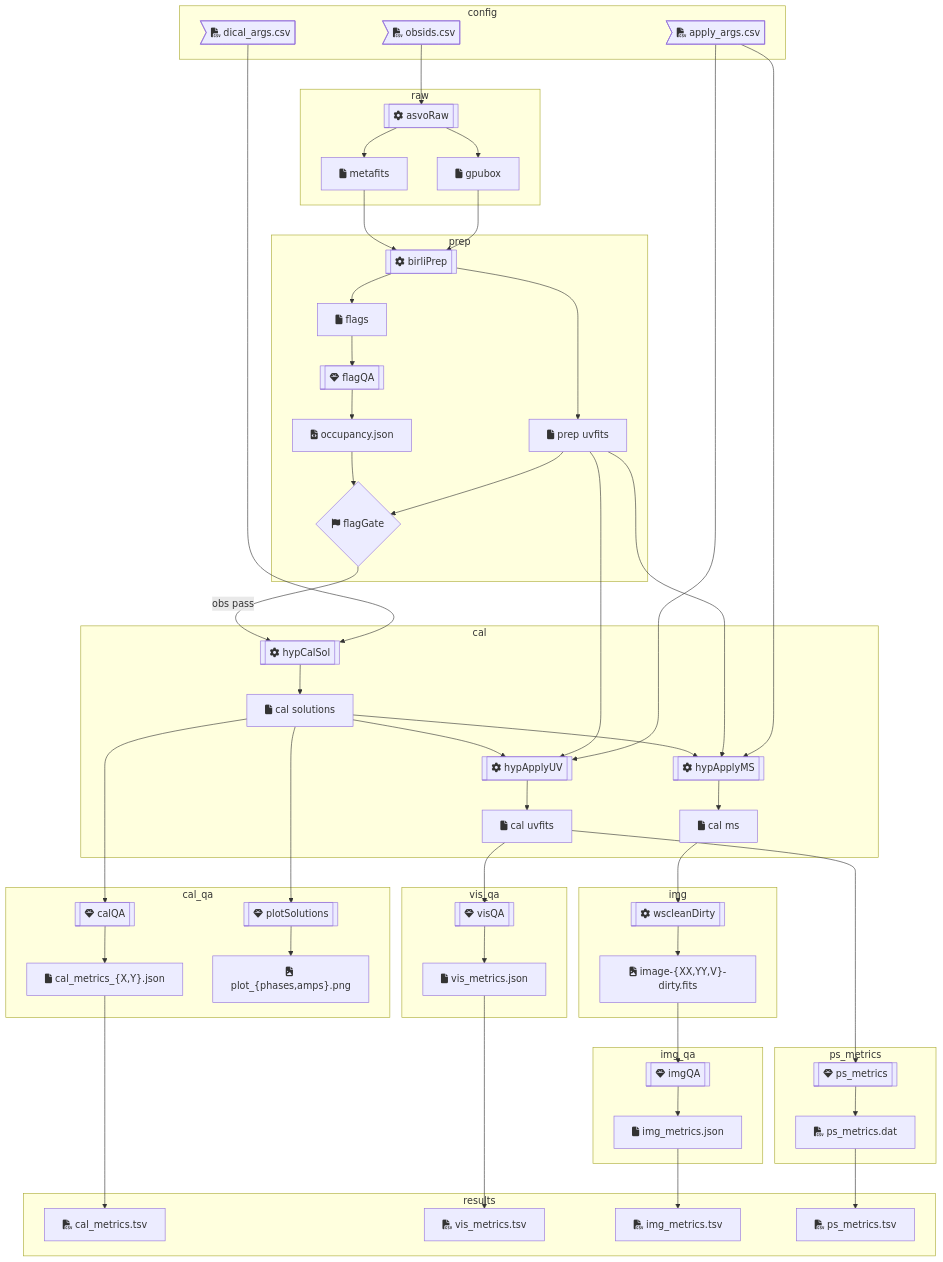
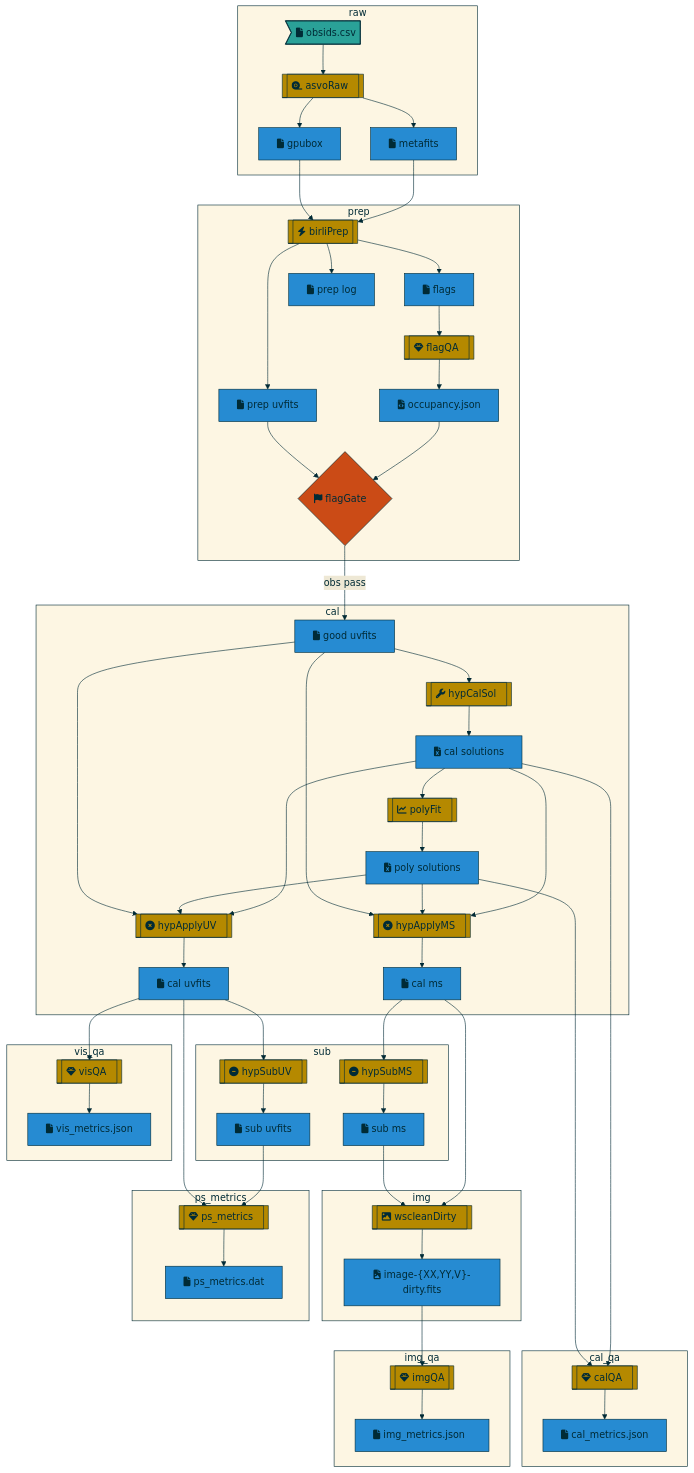
One commit to MWATelescope/MWAEoR-Pipeline changed the diagram in README.md. Above: the diagram before and after it, drawn with Mermaid. The commit also changed 2 other files, not shown here.

Commit message:
vis-sub, wsclean niter=0, doc - actually use niter in wsclean - add subtraction - use img_suffix for imgQA storedir

````diff
--- a/README.md
+++ b/README.md
@@ -5,179 +7,157 @@
 ```mermaid
+%%{init: { 'theme': 'base', 'themeVariables': {
+  'darkMode': false,
+  'background': '#00ffffff',
+  'primaryColor': '#ff0000',
+  'primaryBorderColor': '#002b36',
+  'primaryTextColor': '#002b36',
+  'secondaryColor': '#eee8d5',
+  'secondaryBorderColor': '#002b36',
+  'secondaryTextColor': '#002b36',
+  'tertiaryColor': '#fdf6e3',
+  'tertiaryBorderColor': '#002b36',
+  'tertiaryTextColor': '#002b36',
+  'lineColor': '#002b36',
+  'textColor': '#002b36'
+}  } }%%
+
+%% ff0000
 graph TD;
-  %% classDef partial fill:#770
-  %% classDef result fill:#070
-  %% classDef main fill:#070
-
-  subgraph config
-    obsids>fa:fa-file-csv obsids.csv ]
-    dicalArgs>fa:fa-file-csv dical_args.csv ]
-    applyArgs>fa:fa-file-csv apply_args.csv ]
-    %% nfConfig> nextflow.config ]
-  end
+  classDef fileIn fill:#2aa198;
+  classDef file fill:#268bd2;
+  classDef proc fill:#b58900;
+  classDef decision fill:#cb4b16;
+  %% subgraph config
+    obsids>fa:fa-file obsids.csv ]; class obsids fileIn
+    %% dicalArgs>fa:fa-file dical_args.csv ]; class dicalArgs fileIn
+    %% applyArgs>fa:fa-file apply_args.csv ]; class applyArgs fileIn
+    %% nfConfig>fa:fa-file-code nextflow.config ]; class nfConfig fileIn
+  %% end
 
   %% subgraph storage
     subgraph raw
-      metafits[fa:fa-file metafits ]
-      gpufits[fa:fa-file gpubox ]
-      %% metafitsJson[fa:fa-file-code metafits.json ]
-      %% class metafitsJson partial
-
-      %% asvoRaw
-      asvoRaw[["fa:fa-cog asvoRaw "]]
-      obsids --> asvoRaw
-      asvoRaw --> metafits
-      asvoRaw --> gpufits
-
-      %% metaJson[["fa:fa-cog metaJson "]]
-      %% metafits --> metaJson
-      %% metaJson --> metafitsJson
+      metafits[fa:fa-file metafits ]; class metafits file
+      gpufits[fa:fa-file gpubox ]; class gpufits file
+      obsids --> asvoRaw[["fa:fa-tape asvoRaw &nbsp;"]] --> metafits & gpufits
+      class asvoRaw proc
+      %% metafits -.-> metaJson[["fa:fa-cogs metaJson "]] -.-> metafitsJson
+      class metaJson proc
     end
 
     subgraph prep
-      prepUVFits[fa:fa-file prep uvfits ]
-      flags[fa:fa-file flags ]
-      %% prepLog[fa:fa-file prep log ]
-      occupancyJson[fa:fa-file-code occupancy.json ]
-      class occupancyJson partial
-      %% prepStatsJson[fa:fa-file-code prep_stats.json ]
-      %% class prepStatsJson partial
+      prepUVFits[fa:fa-file prep uvfits ]; class prepUVFits file
+      flags[fa:fa-file flags ]; class flags file
+      prepLog[fa:fa-file prep log ]; class prepLog file
+      occupancyJson[fa:fa-file-code occupancy.json ]; class occupancyJson file
 
-      birliPrep[["fa:fa-cog birliPrep "]]
-      metafits --> birliPrep
-      gpufits --> birliPrep
-      birliPrep --> prepUVFits
-      birliPrep --> flags
-      %% birliPrep --> prepLog
+      metafits & gpufits --> birliPrep[[fa:fa-bolt birliPrep]] --> prepUVFits & flags & prepLog
+      class birliPrep proc
 
-      flagQA[["fa:fa-gem flagQA "]]
-      %% metafits --> flagQA;
-      flags --> flagQA;
-      flagQA --> occupancyJson;
+      flags --> flagQA[["fa:fa-gem flagQA &nbsp;"]] --> occupancyJson;
+      class flagQA proc;
+      %% metafits -...-> flagQA;
 
-      flagGate{fa:fa-flag flagGate }
+      occupancyJson & prepUVFits --> flagGate{"fa:fa-flag flagGate &nbsp;&nbsp;"};
+      class flagGate decision;
       %% nfConfig --"occupancy_threshold"--> flagGate;
-      occupancyJson --> flagGate;
-      prepUVFits --> flagGate;
     end
 
 
     subgraph cal
-      calSol[fa:fa-file cal solutions ]
-      calUVFits[fa:fa-file cal uvfits ]
-      calMS[fa:fa-file cal ms ]
+      goodUVFits[fa:fa-file good uvfits ]; class goodUVFits file
+      calSol[fa:fa-file-excel cal solutions ]; class calSol file
+      polyCal[fa:fa-file-excel poly solutions ]; class polyCal file
+      calUVFits[fa:fa-file cal uvfits ]; class calUVFits file
+      calMS[fa:fa-file cal ms ]; class calMS file
 
-      hypCalSol[["fa:fa-cog hypCalSol "]]
-      flagGate --"obs pass"--> hypCalSol
-      %% prepUVFits --> hypCalSol
-      %% metafits --> hypCalSol
-      dicalArgs --> hypCalSol
-      hypCalSol --> calSol
+      flagGate --"obs pass"--> goodUVFits
+      goodUVFits --> hypCalSol[["fa:fa-wrench hypCalSol &nbsp;"]] --> calSol
+      class hypCalSol proc
+      %% dicalArgs --> hypCalSol
+      %% metafits -...-> hypCalSol
 
-      hypApplyUV[["fa:fa-cog hypApplyUV "]]
-      calSol --> hypApplyUV
-      prepUVFits --> hypApplyUV
-      %% metafits --> hypApplyUV
-      applyArgs --> hypApplyUV
-      hypApplyUV --> calUVFits
+      calSol --> polyFit[["fa:fa-chart-line polyFit &nbsp;"]] --> polyCal
+      class polyFit proc
 
-      hypApplyMS[["fa:fa-cog hypApplyMS "]]
-      calSol --> hypApplyMS
-      prepUVFits --> hypApplyMS
-      %% metafits --> hypApplyMS
-      applyArgs --> hypApplyMS
-      hypApplyMS --> calMS
+      calSol & polyCal & goodUVFits --> hypApplyUV[["fa:fa-times-circle hypApplyUV &nbsp;"]] --> calUVFits
+      class hypApplyUV proc
+      %% applyArgs -...-> hypApplyUV
+      %% metafits -...-> hypApplyUV
+
+      calSol & polyCal & goodUVFits --> hypApplyMS[["fa:fa-times-circle hypApplyMS &nbsp;"]] --> calMS
+      class hypApplyMS proc
+      %% applyArgs -...-> hypApplyMS
+      %% metafits -...-> hypApplyMS
+    end
+    subgraph sub
+      subUVFits[fa:fa-file sub uvfits ]; class subUVFits file
+      subMS[fa:fa-file sub ms ]; class subMS file
+      calUVFits --> hypSubUV[["fa:fa-minus-circle hypSubUV &nbsp;"]] --> subUVFits
+      class hypSubUV proc
+      calMS --> hypSubMS[["fa:fa-minus-circle hypSubMS &nbsp;"]] --> subMS
+      class hypSubMS proc
     end
 
     subgraph img
-      imgDirty["fa:fa-file-image image-{XX,YY,V}-dirty.fits "]
-      %% imgDirtyYY[fa:fa-file-image image-YY-dirty.fits ]
-      %% imgDirtyV[fa:fa-file-image image-V-dirty.fits ]
-      wscleanDirty[["fa:fa-cog wscleanDirty "]]
-      calMS --> wscleanDirty
-      %% metafits --> wscleanDirty
-      wscleanDirty --> imgDirty
-      %% wscleanDirty --> imgDirtyYY
-      %% wscleanDirty --> imgDirtyV
+      imgDirty["fa:fa-file-image image-{XX,YY,V}-dirty.fits "]; class imgDirty file
+      calMS & subMS --> wscleanDirty[["fa:fa-image wscleanDirty &nbsp;"]] --> imgDirty
+      class wscleanDirty proc
+      %% metafits -...-> wscleanDirty
     end
 
     subgraph cal_qa
-      calQA[["fa:fa-gem calQA "]]
-      calMetricsJson["fa:fa-file cal_metrics_{X,Y}.json "]
-      class calMetricsJson partial
-      %% calMetricsXJson[fa:fa-file cal_metrics_x.json ]
-      %% calMetricsYJson[fa:fa-file cal_metrics_y.json ]
-      calSol ----> calQA
-      %% metafits --> calQA
-      calQA --> calMetricsJson
-      %% calQA --> calMetricsYJson
+      calMetricsJson["fa:fa-file cal_metrics.json "]; class calMetricsJson file
+      calSol & polyCal --------> calQA[["fa:fa-gem calQA &nbsp;"]] --> calMetricsJson
+      class calQA proc;
+      %% metafits -...-> calQA
 
-      plotSolutions[["fa:fa-gem plotSolutions "]]
-      plotSol["fa:fa-file-image plot_{phases,amps}.png "]
-      %% plotPhases[fa:fa-file-image plot_phases.png ]
-      %% plotAmps[fa:fa-file-image plot_amps.png ]
-      %% metafits --> plotSolutions
-      calSol ----> plotSolutions
-      plotSolutions --> plotSol
-      %% plotSolutions --> plotAmps
-      %% plotSolutions --> plotPhases
+      %% plotSol["fa:fa-file-image plot_{phases,amps}.png "]; class plotSol file
+      %% metafits -...-> plotSolutions
+      %% calSol --> plotSolutions[["fa:fa-gem plotSolutions "]] --> plotSol
+      class plotSolutions proc;
     end
 
     subgraph vis_qa
-      visQA[["fa:fa-gem visQA "]]
-      visMetricsJson[fa:fa-file vis_metrics.json ]
-      class visMetricsJson partial
-      calUVFits --> visQA
-      visQA --> visMetricsJson
+      visMetricsJson[fa:fa-file vis_metrics.json ]; class visMetricsJson file
+      calUVFits --> visQA[["fa:fa-gem visQA &nbsp;"]] --> visMetricsJson
+      class visQA proc;
     end
 
     subgraph ps_metrics
-      psMetrics[["fa:fa-gem ps_metrics "]]
-      calUVFits --> psMetrics
-      psMetrics --> psMetricsDat
-      psMetricsDat[fa:fa-file-csv ps_metrics.dat ]
-      class psMetricsDat partial
+      psMetricsDat[fa:fa-file ps_metrics.dat ]; class psMetricsDat file
+      subUVFits & calUVFits --> psMetrics[["fa:fa-gem ps_metrics &nbsp;"]] --> psMetricsDat
+      class psMetrics proc;
     end
 
 
     subgraph img_qa
-      imgMetricsJson[fa:fa-file img_metrics.json ]
-      class imgMetricsJson partial
-      imgQA[["fa:fa-gem imgQA "]]
-      imgDirty --> imgQA
-      %% imgDirtyYY --> imgQA
-      %% imgDirtyV --> imgQA
-      imgQA --> imgMetricsJson
+      imgMetricsJson["fa:fa-file img_metrics.json &nbsp;"]; class imgMetricsJson file
+      imgDirty --> imgQA[[fa:fa-gem imgQA]] --> imgMetricsJson
+      class imgQA proc;
     end
   %% end
 
-  subgraph results
-    %% metaJsonTsv[fa:fa-file-csv metafits_stats.tsv ]
-    %% class metaJsonTsv result
-    %% metafitsJson --> metaJsonTsv
+  %% subgraph results
+  %%   metaJsonTsv[fa:fa-file metafits_stats.tsv ]; class metaJsonTsv file
+  %%   metafitsJson --> metaJsonTsv
 
-    %% prepStatsTsv[fa:fa-file-csv prep_stats.tsv ]
-    %% class prepStatsTsv result
-    %% prepLog --> prepStatsTsv
-    %% prepStatsJson --> prepStatsTsv
+  %%   prepStatsTsv[fa:fa-file prep_stats.tsv ]; class prepStatsTsv file
+  %%   prepLog --> prepStatsTsv
+  %%   prepStatsJson --> prepStatsTsv
 
-    %% occupancyTsv[fa:fa-file-csv occupancy.tsv ]
-    %% class occupancyTsv result
-    %% occupancyJson --> occupancyTsv
+  %%   occupancyTsv[fa:fa-file occupancy.tsv ]; class occupancyTsv file
+  %%   occupancyJson --> occupancyTsv
 
-    calMetricsTsv[fa:fa-file-csv cal_metrics.tsv ]
-    class calMetricsTsv result
-    calMetricsJson --> calMetricsTsv
+  %%   calMetricsTsv[fa:fa-file cal_metrics.tsv ]; class calMetricsTsv file
+  %%   calMetricsJson --> calMetricsTsv
 
-    visMetricsTsv[fa:fa-file-csv vis_metrics.tsv ]
-    class visMetricsTsv result
-    visMetricsJson --> visMetricsTsv
+  %%   visMetricsTsv[fa:fa-file vis_metrics.tsv ]; class visMetricsTsv file
+  %%   visMetricsJson --> visMetricsTsv
 
-    imgMetricsTsv[fa:fa-file-csv img_metrics.tsv ]
-    class imgMetricsTsv result
-    psMetricsDat --> psMetricsTsv
+  %%   imgMetricsTsv[fa:fa-file img_metrics.tsv ]; class imgMetricsTsv file
+  %%   psMetricsDat --> psMetricsTsv
 
-    psMetricsTsv[fa:fa-file-csv ps_metrics.tsv ]
-    class psMetricsTsv result
-    imgMetricsJson --> imgMetricsTsv
-  end
+  %%   psMetricsTsv[fa:fa-file ps_metrics.tsv ]; class psMetricsTsv file
+  %%   imgMetricsJson --> imgMetricsTsv
+  %% end
 ```
````
